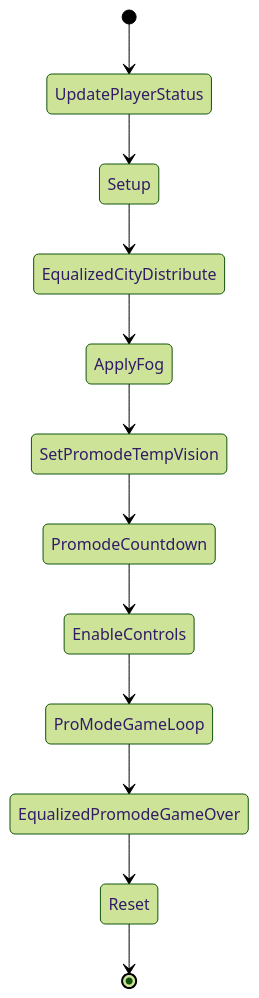
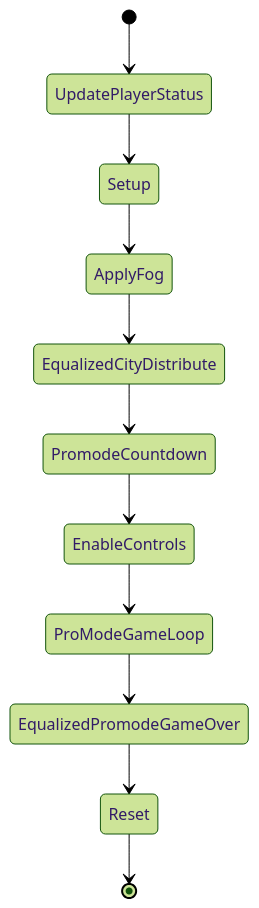
Before and after one commit to Warcraft-3-Risk/wc3-risk-system: the sixth of 7 diagrams in website/public/game-guide-content/game-modes.md, drawn with Mermaid (forest theme). The commit also changed other lines of this file and 19 other files, not shown here.

````diff
--- a/website/public/game-guide-content/game-modes.md
+++ b/website/public/game-guide-content/game-modes.md
@@ -226,14 +223,13 @@
 ```mermaid
 stateDiagram-v2
     [*] --> UpdatePlayerStatus
     UpdatePlayerStatus --> Setup
-    Setup --> EqualizedCityDistribute
-    EqualizedCityDistribute --> ApplyFog
-    ApplyFog --> SetPromodeTempVision
-    SetPromodeTempVision --> PromodeCountdown
+    Setup --> ApplyFog
+    ApplyFog --> EqualizedCityDistribute
+    EqualizedCityDistribute --> PromodeCountdown
     PromodeCountdown --> EnableControls
     EnableControls --> ProModeGameLoop
     ProModeGameLoop --> EqualizedPromodeGameOver
     EqualizedPromodeGameOver --> Reset
     Reset --> [*]
 ```
````
